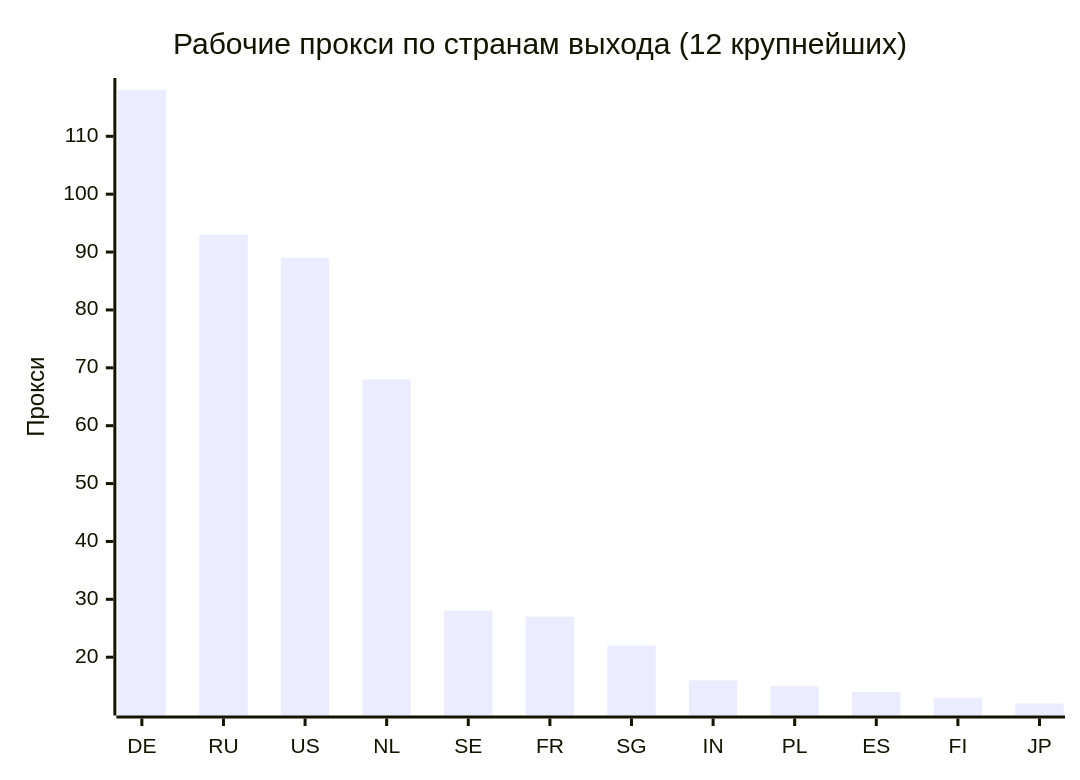
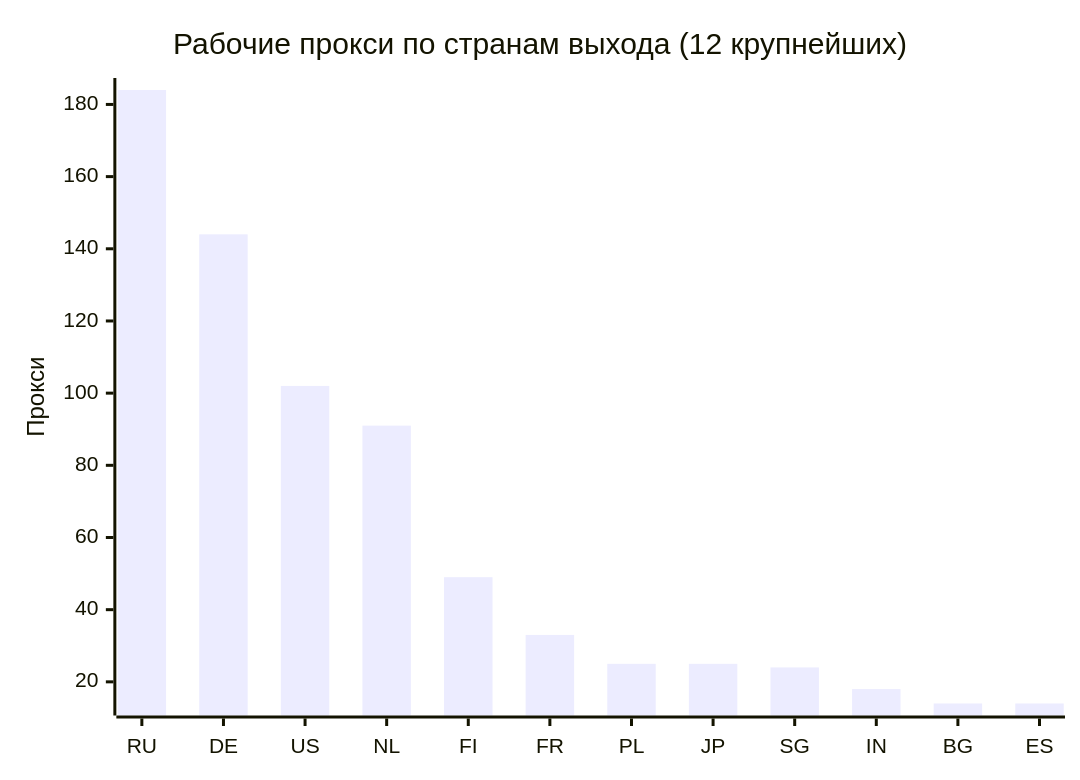
One commit to rvvg/proxy-subs changed the second of 4 diagrams in README.md. Above: the diagram before and after it, drawn with Mermaid. The commit also changed other lines of this file and 42 other files, not shown here.

````diff
--- a/README.md
+++ b/README.md
@@ -122,7 +124,7 @@
 ```mermaid
 xychart-beta
     title "Рабочие прокси по странам выхода (12 крупнейших)"
-    x-axis ["DE", "RU", "US", "NL", "SE", "FR", "SG", "IN", "PL", "ES", "FI", "JP"]
+    x-axis ["RU", "DE", "US", "NL", "FI", "FR", "PL", "JP", "SG", "IN", "BG", "ES"]
     y-axis "Прокси"
-    bar [118, 93, 89, 68, 28, 27, 22, 16, 15, 14, 13, 12]
+    bar [184, 144, 102, 91, 49, 33, 25, 25, 24, 18, 14, 14]
 ```
````
